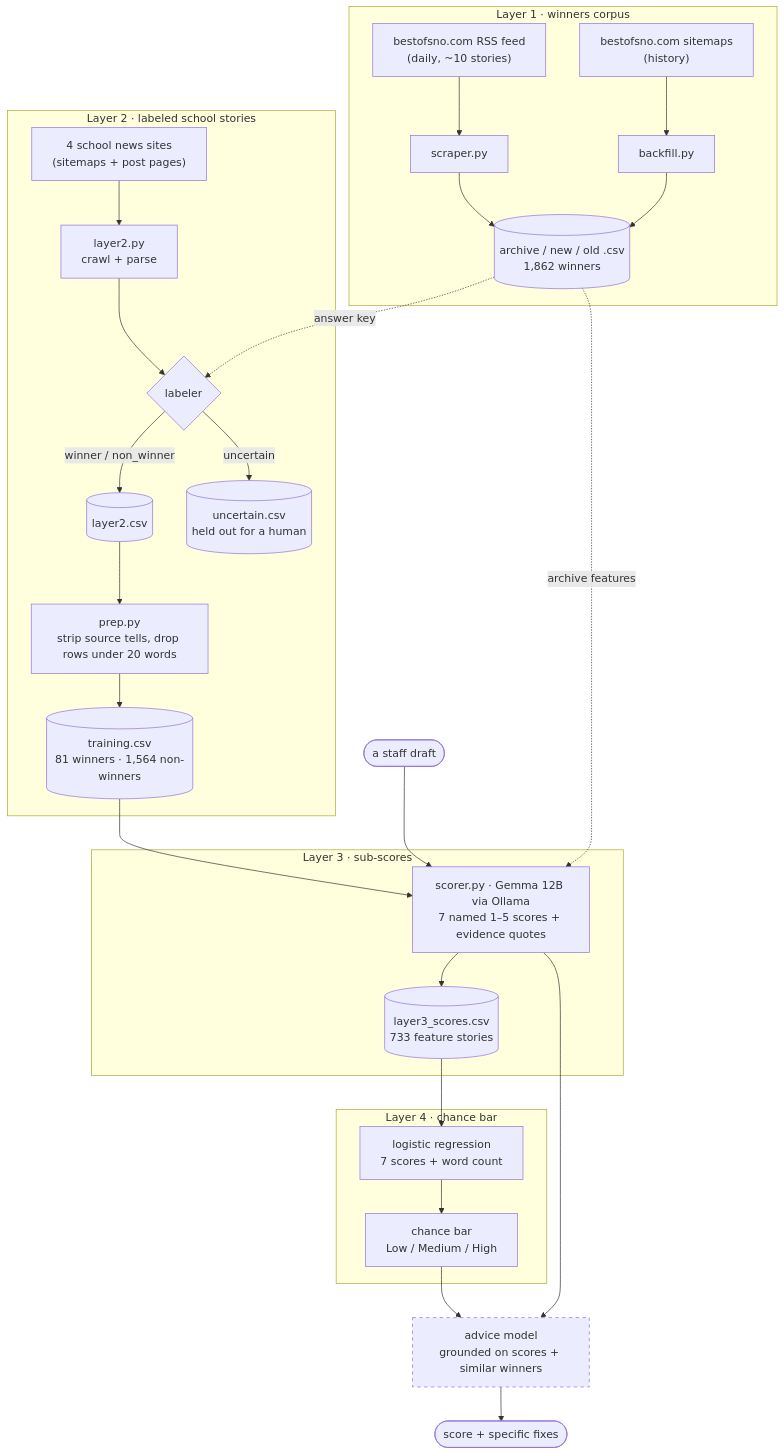
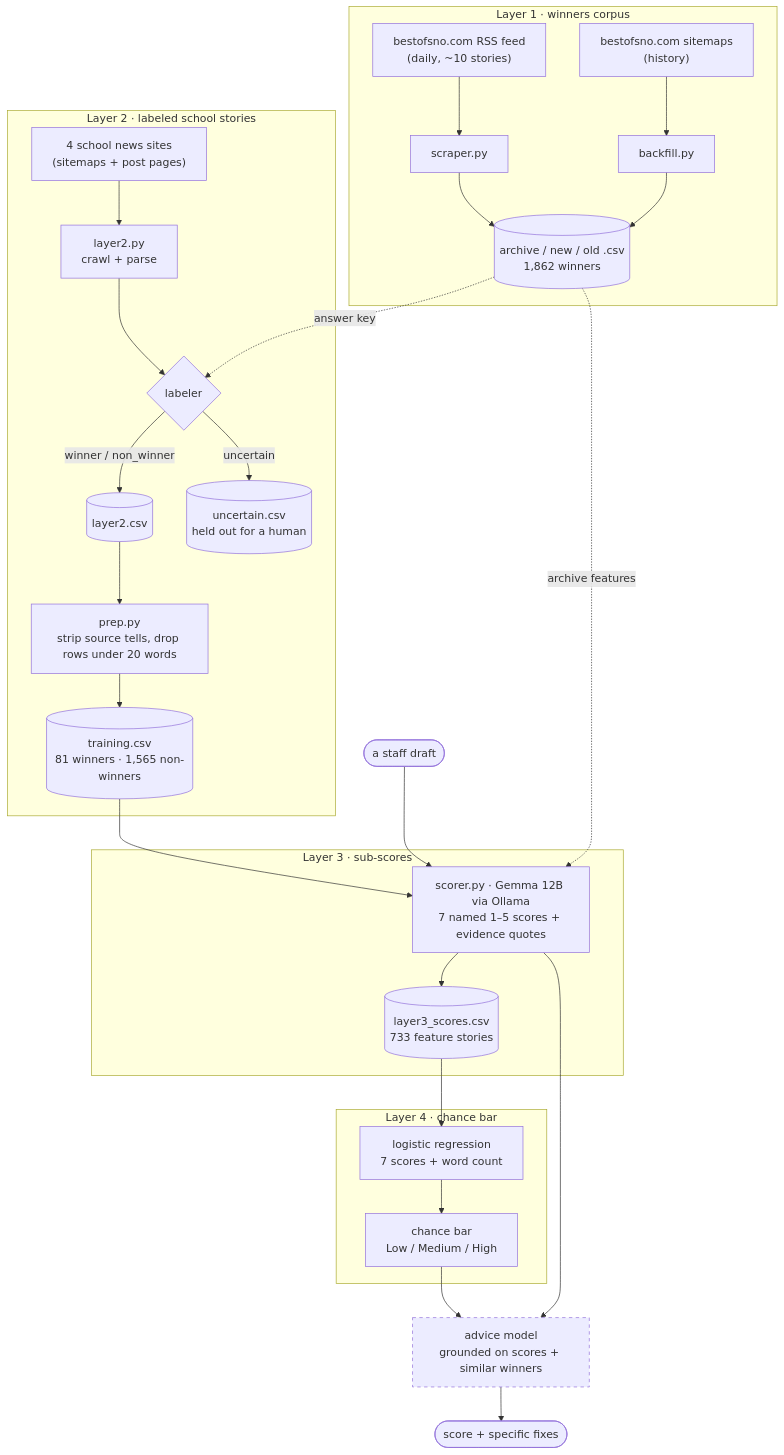
The first of 6 diagrams in README.md (jasqnlu/Best-of-sno-llm-advisor), drawn with Mermaid before and after one commit. The commit also changed other lines of this file and 6 other files, not shown here.

First line of the commit message:
fix: settle the last author-date uncertain row by hand; README roadmap update

````diff
--- a/README.md
+++ b/README.md
@@ -50,38 +50,38 @@
 ```mermaid
 flowchart TD
     subgraph L1["Layer 1 · winners corpus"]
         feed["bestofsno.com RSS feed<br/>(daily, ~10 stories)"] --> scraper["scraper.py"]
         sitemap["bestofsno.com sitemaps<br/>(history)"] --> backfill["backfill.py"]
         scraper --> corpus[("archive / new / old .csv<br/>1,862 winners")]
         backfill --> corpus
     end
 
     subgraph L2["Layer 2 · labeled school stories"]
         schools["4 school news sites<br/>(sitemaps + post pages)"] --> crawl["layer2.py<br/>crawl + parse"]
         corpus -. answer key .-> label{"labeler"}
         crawl --> label
         label -->|winner / non_winner| l2[("layer2.csv")]
         label -->|uncertain| unc[("uncertain.csv<br/>held out for a human")]
         l2 --> prep["prep.py<br/>strip source tells, drop rows under 20 words"]
-        prep --> train[("training.csv<br/>81 winners · 1,564 non-winners")]
+        prep --> train[("training.csv<br/>81 winners · 1,565 non-winners")]
     end
 
     subgraph L3["Layer 3 · sub-scores"]
         train --> rubric["scorer.py · Gemma 12B via Ollama<br/>7 named 1–5 scores + evidence quotes"]
         corpus -. archive features .-> rubric
         rubric --> scores[("layer3_scores.csv<br/>733 feature stories")]
     end
 
     subgraph L4["Layer 4 · chance bar"]
         scores --> lr["logistic regression<br/>7 scores + word count"]
         lr --> bar["chance bar<br/>Low / Medium / High"]
     end
 
     draft(["a staff draft"]) --> rubric
     bar --> advice["advice model<br/>grounded on scores + similar winners"]
     rubric --> advice
     advice --> out(["score + specific fixes"])
 
     classDef todo stroke-dasharray: 5 5
     class advice todo
 ```
````
